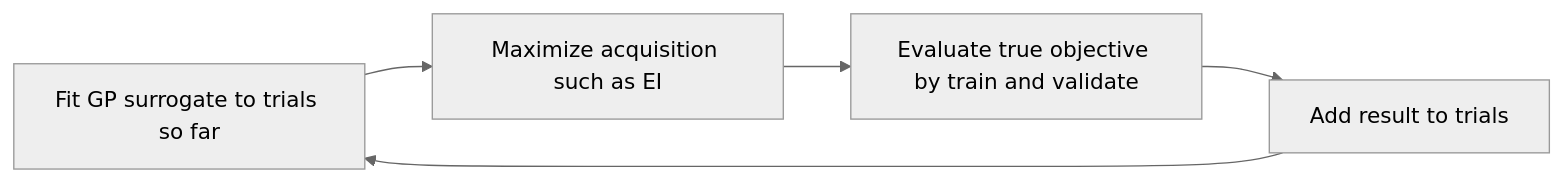
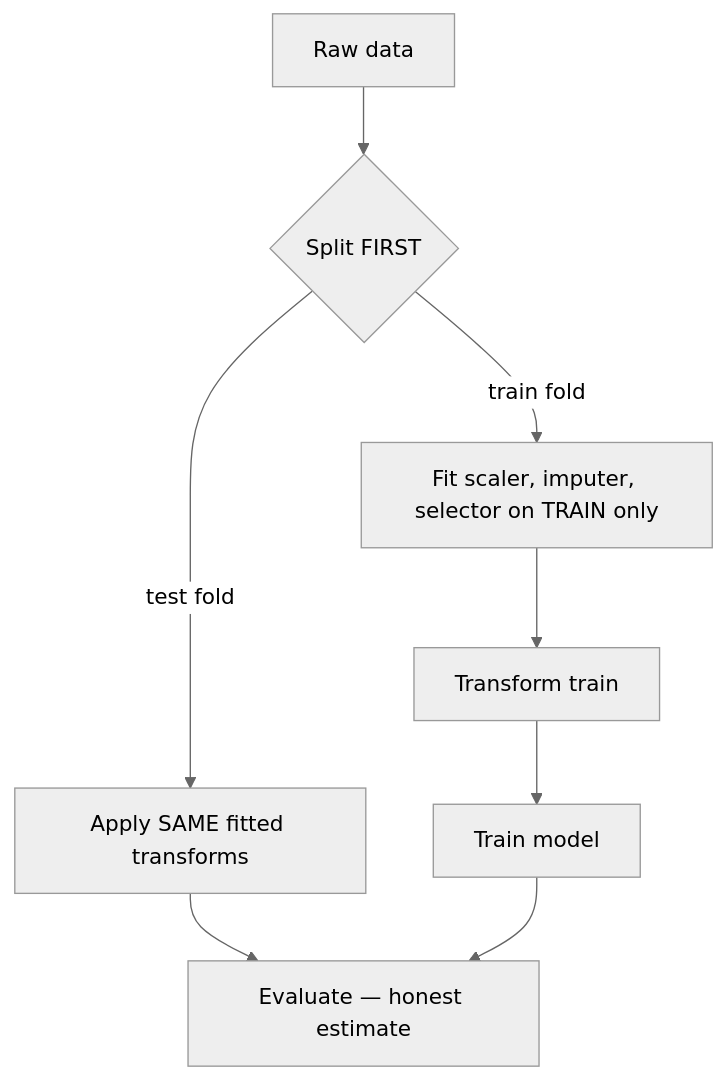
One commit to kader-xai/kader-xai.github.io changed the third of 3 diagrams in ai-ml-encyclopedia/ch12.qmd. Above: the diagram before and after it, drawn with Mermaid (neutral theme). The commit also changed other lines of this file and 47 other files, not shown here.

````diff
--- a/ai-ml-encyclopedia/ch12.qmd
+++ b/ai-ml-encyclopedia/ch12.qmd
@@ -310,7 +527,10 @@
 ```{mermaid}
-flowchart LR
-    A[Fit GP surrogate to trials so far] --> B[Maximize acquisition such as EI]
-    B --> C[Evaluate true objective by train and validate]
-    C --> D[Add result to trials]
-    D --> A
+flowchart TB
+  A[Raw data] --> B{Split FIRST}
+  B -->|train fold| C[Fit scaler, imputer, selector on TRAIN only]
+  C --> D[Transform train]
+  B -->|test fold| E[Apply SAME fitted transforms]
+  D --> F[Train model]
+  E --> G[Evaluate — honest estimate]
+  F --> G
 ```
````
